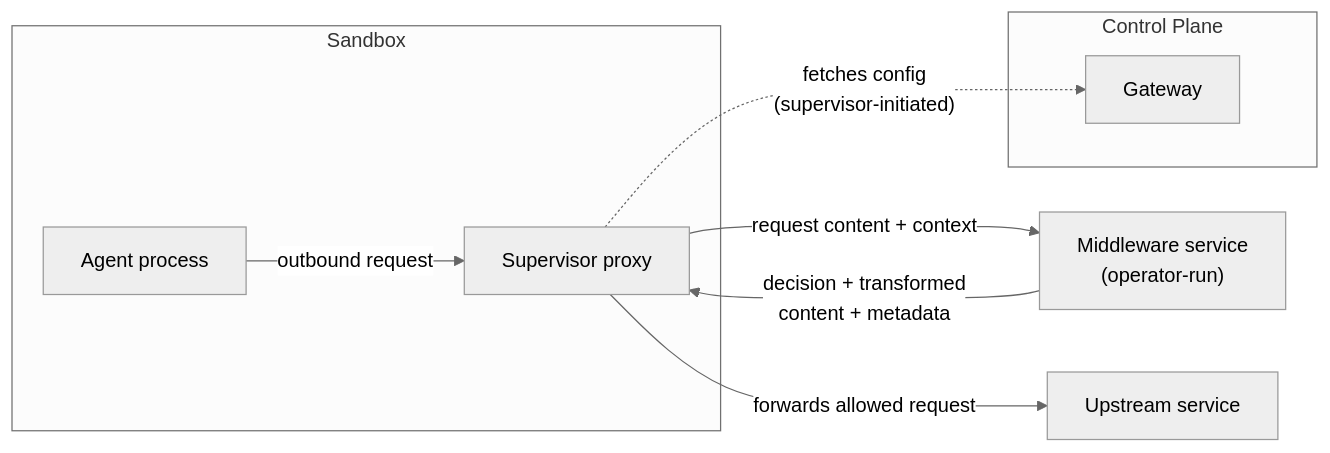
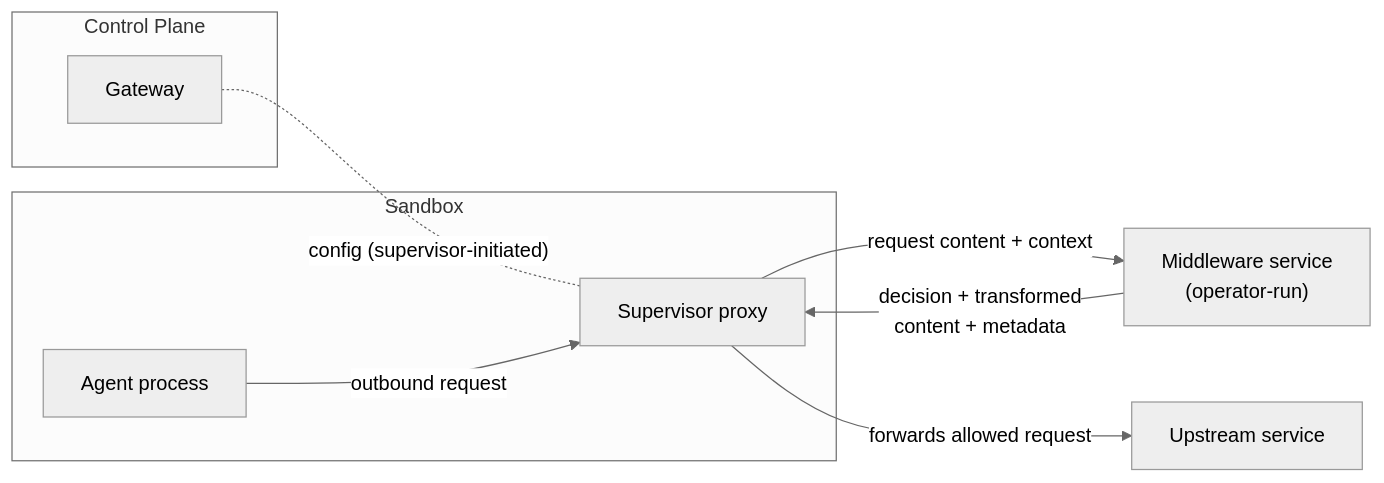
The first of 2 diagrams in rfc/0005-sandbox-egress-middleware/README.md (not-stbenjam/OpenShell), drawn with Mermaid (neutral theme) before and after one commit. The commit also changed other lines of this file, not shown here.

Commit message:
docs(rfc): add prior art section and adjust architecture diagram

````diff
--- a/rfc/0005-sandbox-egress-middleware/README.md
+++ b/rfc/0005-sandbox-egress-middleware/README.md
@@ -56,18 +56,18 @@
 ```mermaid
 graph LR
     subgraph CP["Control Plane"]
       GW["Gateway"]
     end
     subgraph SB["Sandbox"]
       AGENT["Agent process"]
       SUP["Supervisor proxy"]
     end
     MW["Middleware service<br/>(operator-run)"]
     UP["Upstream service"]
 
-    SUP -.->|"fetches config<br/>(supervisor-initiated)"| GW
+    GW -. "config (supervisor-initiated)" .- SUP
     AGENT -->|"outbound request"| SUP
     SUP -->|"request content + context"| MW
     MW -->|"decision + transformed<br/>content + metadata"| SUP
     SUP -->|"forwards allowed request"| UP
 ```
````
